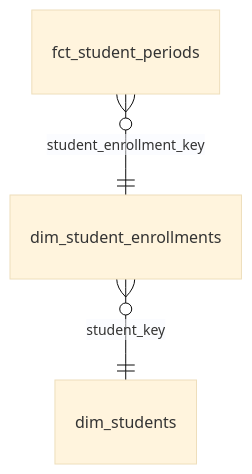
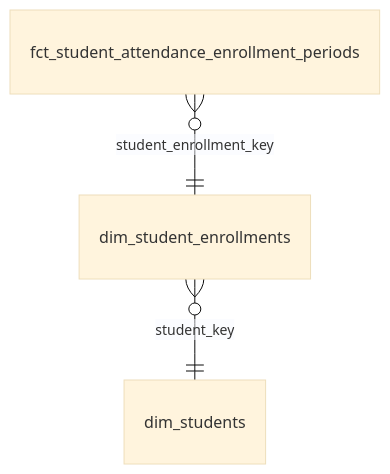
Before and after one commit to TEAMSchools/teamster: diagram 20 of 25 in docs/reference/marts-data-models.md, drawn with Mermaid (base theme). The commit also changed other lines of this file and 12 other files, not shown here.

````diff
--- a/docs/reference/marts-data-models.md
+++ b/docs/reference/marts-data-models.md
@@ -367,5 +368,5 @@
 ```mermaid
 erDiagram
-  fct_student_periods }o--|| dim_student_enrollments : "student_enrollment_key"
+  fct_student_attendance_enrollment_periods }o--|| dim_student_enrollments : "student_enrollment_key"
   dim_student_enrollments }o--|| dim_students : "student_key"
 ```
````
